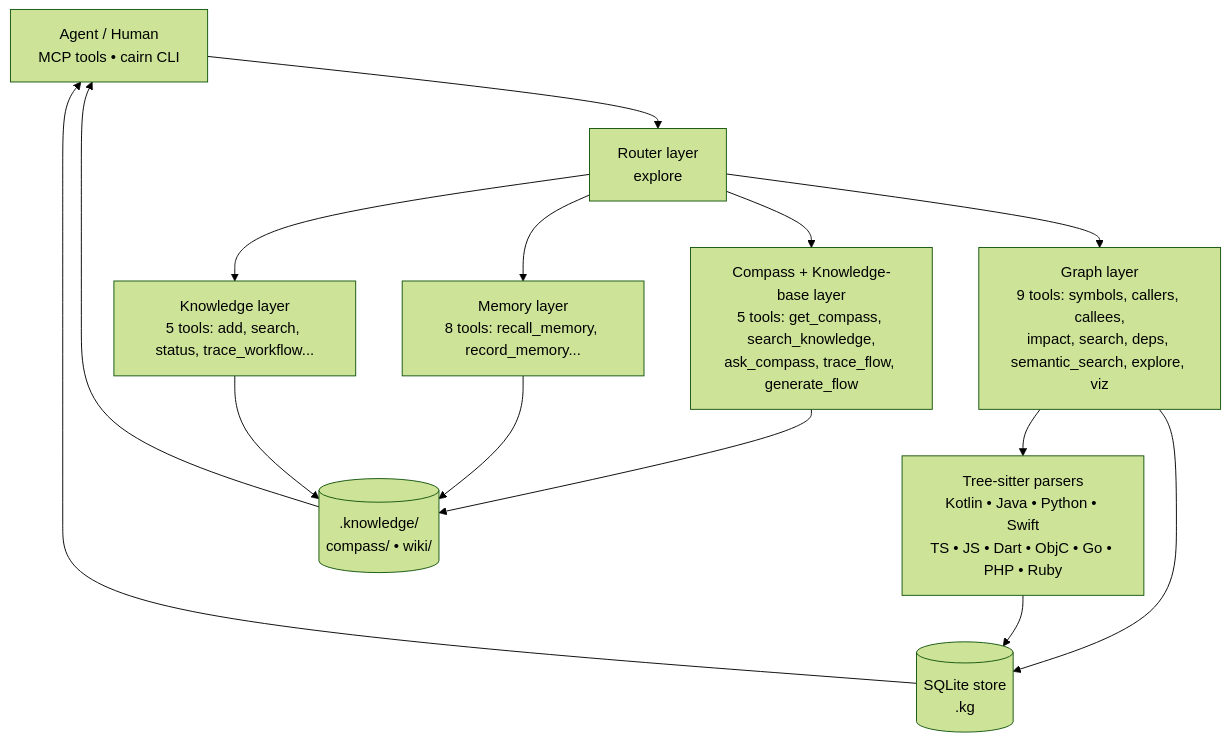
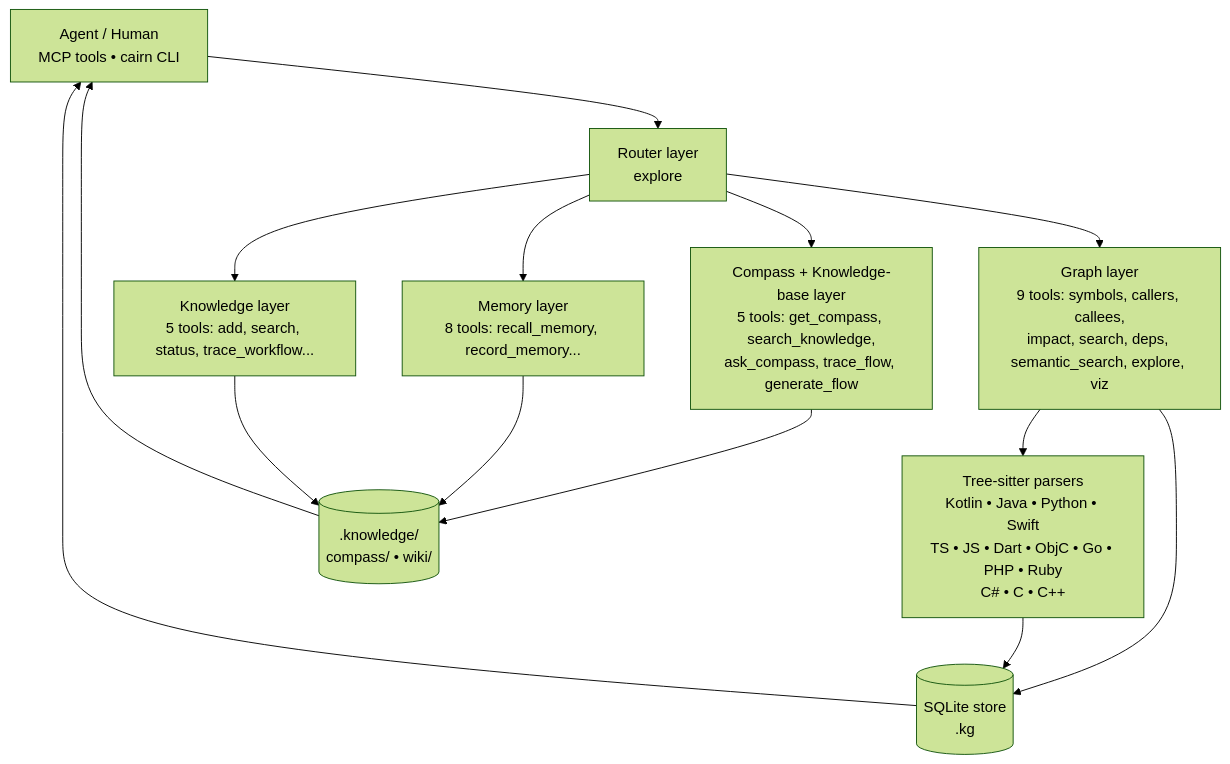
The first of 2 diagrams in docs/architecture.md (tanlnm512/cairn), drawn with Mermaid (forest theme) before and after one commit. The commit also changed other lines of this file and 8 other files, not shown here.

````diff
--- a/docs/architecture.md
+++ b/docs/architecture.md
@@ -48,16 +48,16 @@
 ```mermaid
 flowchart TD
     A["Agent / Human<br/>MCP tools • cairn CLI"] --> R["Router layer<br/>explore"]
     R --> L1["Graph layer<br/>9 tools: symbols, callers, callees,<br/>impact, search, deps, semantic_search, explore, viz"]
     R --> L2["Compass + Knowledge-base layer<br/>5 tools: get_compass, search_knowledge,<br/>ask_compass, trace_flow, generate_flow"]
     R --> L4["Memory layer<br/>8 tools: recall_memory, record_memory..."]
     R --> L5["Knowledge layer<br/>5 tools: add, search, status, trace_workflow..."]
-    L1 --> P["Tree-sitter parsers<br/>Kotlin • Java • Python • Swift<br/>TS • JS • Dart • ObjC • Go • PHP • Ruby"]
+    L1 --> P["Tree-sitter parsers<br/>Kotlin • Java • Python • Swift<br/>TS • JS • Dart • ObjC • Go • PHP • Ruby<br/>C# • C • C++"]
     L1 --> DB[("SQLite store<br/>.kg")]
     L2 --> KB[(".knowledge/<br/>compass/ • wiki/")]
     L4 --> KB
     L5 --> KB
     P --> DB
     DB --> A
     KB --> A
 ```
````
